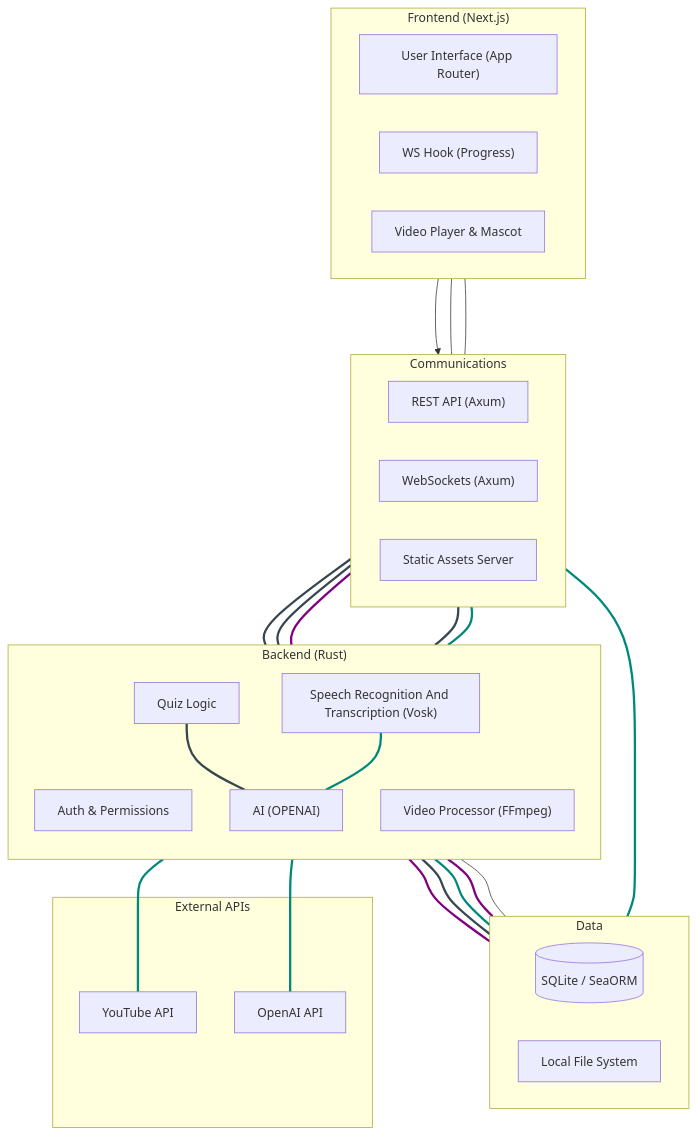
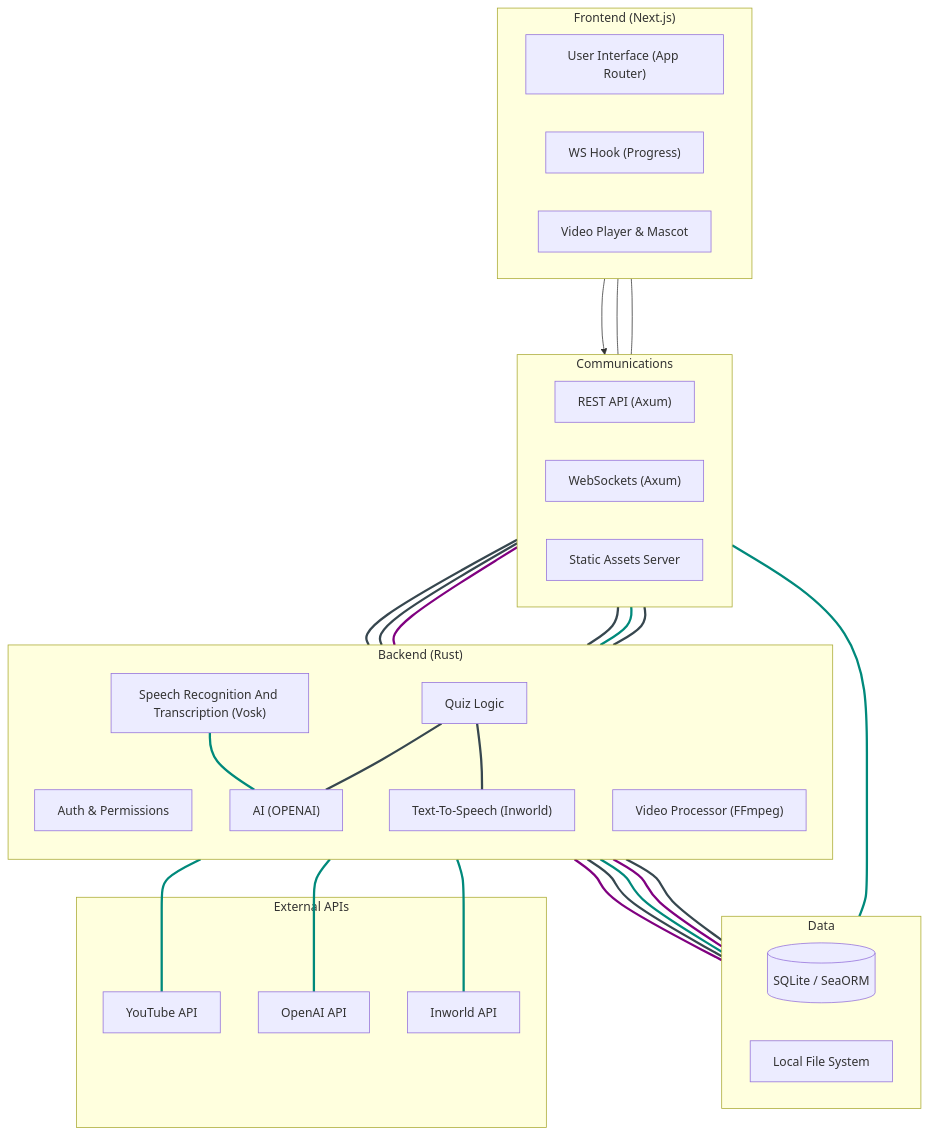
The diagram in documentation/docs/requirements/system-block-diagram.md (Capstone-Projects-2026-spring/piggyback-learning-2), drawn with Mermaid before and after one commit.

Commit message:
Update system block diagram with TTS and Inworld API
Added new connections for Text-To-Speech and Inworld API.

````diff
--- a/documentation/docs/requirements/system-block-diagram.md
+++ b/documentation/docs/requirements/system-block-diagram.md
@@ -26,6 +26,7 @@
         Video_P["Video Processor (FFmpeg)"]
         AI["AI (OPENAI)"]
         Vosk["Speech Recognition And Transcription (Vosk)"]
+        TTS["Text-To-Speech (Inworld)"]
         Quiz["Quiz Logic"]
     end
 
@@ -38,6 +39,7 @@
     subgraph External ["External APIs"]
         YT["YouTube API"]
         OPENAI_API["OpenAI API"]
+        INWORLD_API["Inworld API"]
     end
 
     UI --> API
@@ -63,6 +65,11 @@
     Quiz --- AI
     Vosk --- AI
 
+    %% New Connections for TTS
+    API --- TTS
+    TTS --- INWORLD_API
+    Quiz --- TTS
+
     linkStyle 3 stroke:#37474f,stroke-width:3px;
     linkStyle 4 stroke:#37474f,stroke-width:3px;
     linkStyle 5 stroke:#800080,stroke-width:3px;
@@ -72,10 +79,14 @@
     linkStyle 9 stroke:#37474f,stroke-width:3px;
     linkStyle 10 stroke:#00897b,stroke-width:3px;
     linkStyle 11 stroke:#800080,stroke-width:3px;
-    linkStyle 12 stroke:#37474fstroke-width:3px;
+    linkStyle 12 stroke:#37474f,stroke-width:3px;
     linkStyle 13 stroke:#00897b,stroke-width:3px;
     linkStyle 14 stroke:#00897b,stroke-width:3px; 
     linkStyle 15 stroke:#00897b,stroke-width:3px;
     linkStyle 16 stroke:#37474f,stroke-width:3px;
     linkStyle 17 stroke:#00897b,stroke-width:3px;
+    %% Styling for new Inworld connections
+    linkStyle 18 stroke:#37474f,stroke-width:3px;
+    linkStyle 19 stroke:#00897b,stroke-width:3px;
+    linkStyle 20 stroke:#37474f,stroke-width:3px;
 ```
````
